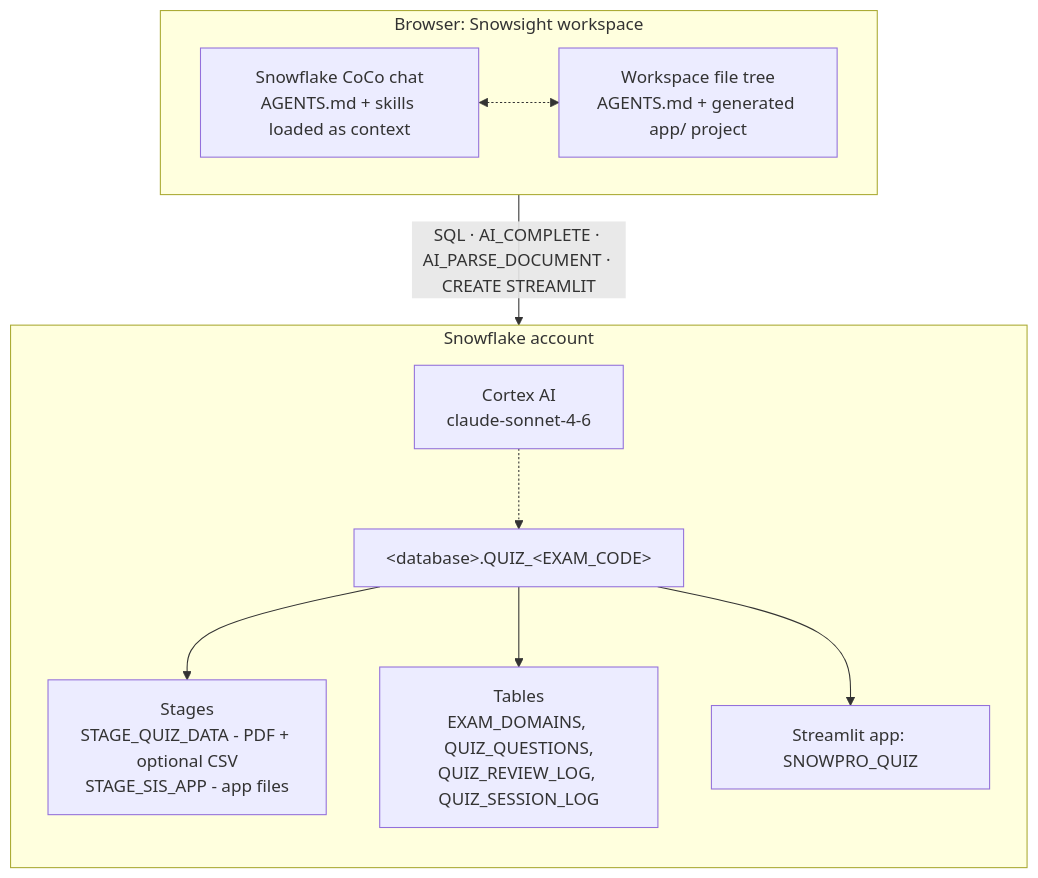
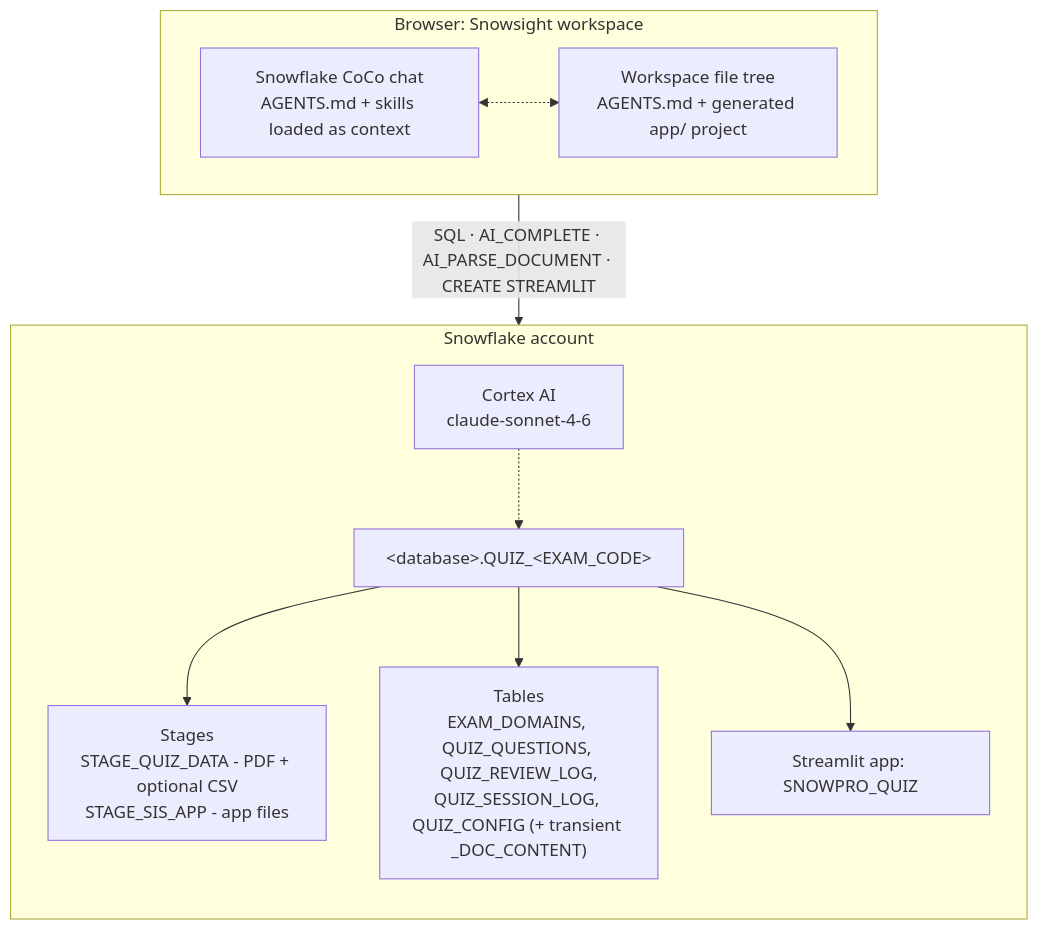
Before and after one commit to moniburnejko/coco-quiz-app: the first of 2 diagrams in docs/architecture.md, drawn with Mermaid. The commit also changed other lines of this file and 10 other files, not shown here.

````diff
--- a/docs/architecture.md
+++ b/docs/architecture.md
@@ -9,23 +9,23 @@
 ```mermaid
 flowchart TB
     subgraph Browser["Browser: Snowsight workspace"]
         CC["Snowflake CoCo chat<br/>AGENTS.md + skills loaded as context"]
         WS["Workspace file tree<br/>AGENTS.md + generated app/ project"]
         CC <-.-> WS
     end
 
     subgraph Snowflake["Snowflake account"]
         direction TB
         SCHEMA["&lt;database&gt;.QUIZ_&lt;EXAM_CODE&gt;"]
         STAGES["Stages<br/>STAGE_QUIZ_DATA - PDF + optional CSV<br/>STAGE_SIS_APP - app files"]
-        TABLES["Tables<br/>EXAM_DOMAINS, QUIZ_QUESTIONS,<br/>QUIZ_REVIEW_LOG, QUIZ_SESSION_LOG"]
+        TABLES["Tables<br/>EXAM_DOMAINS, QUIZ_QUESTIONS, QUIZ_REVIEW_LOG,<br/>QUIZ_SESSION_LOG, QUIZ_CONFIG (+ transient _DOC_CONTENT)"]
         APP["Streamlit app: SNOWPRO_QUIZ"]
         AI["Cortex AI<br/>claude-sonnet-4-6"]
         SCHEMA --> STAGES
         SCHEMA --> TABLES
         SCHEMA --> APP
         AI -.-> SCHEMA
     end
 
     Browser -->|"SQL · AI_COMPLETE · AI_PARSE_DOCUMENT · CREATE STREAMLIT"| Snowflake
 ```
````
